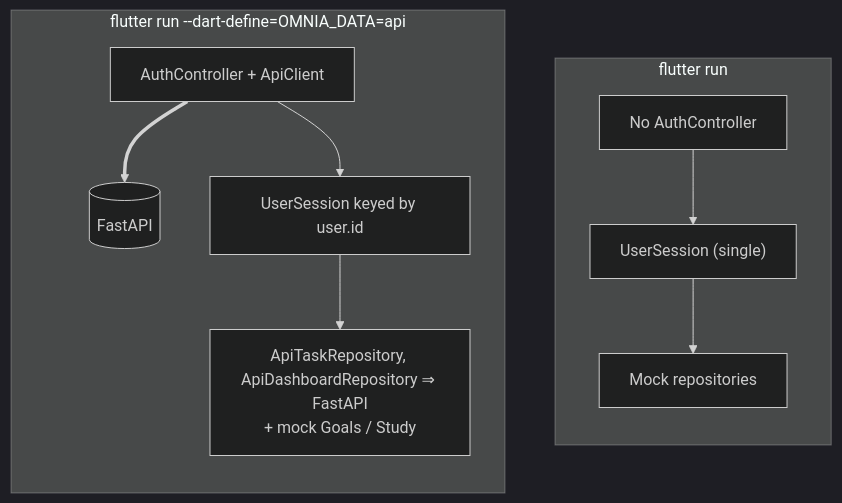
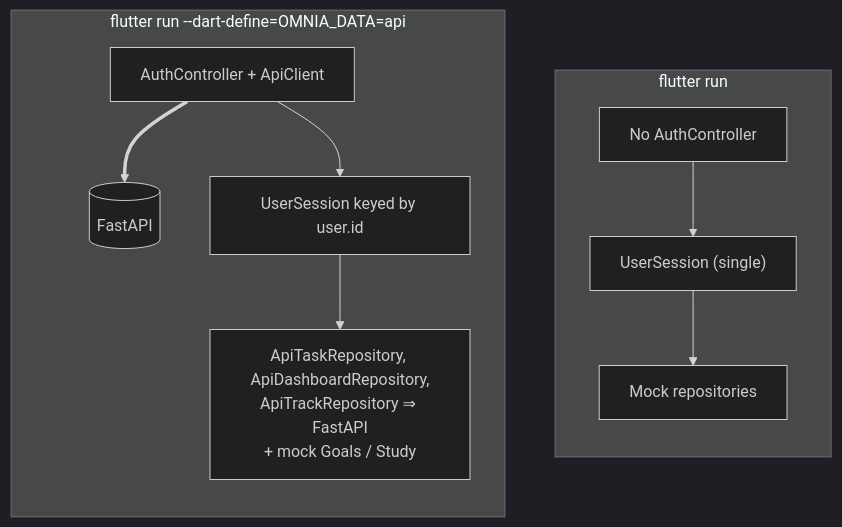
The diagram in docs/omnia-vault/Architecture/Mock vs API Mode.md (Gaoher-1207/omnia), drawn with Mermaid (dark theme) before and after one commit. The commit also changed other lines of this file and 33 other files, not shown here.

````diff
--- a/docs/omnia-vault/Architecture/Mock vs API Mode.md
+++ b/docs/omnia-vault/Architecture/Mock vs API Mode.md
@@ -30,12 +31,12 @@
 ```mermaid
 flowchart TB
     subgraph Mock["flutter run"]
         direction TB
         m1["No AuthController"] --> m2["UserSession (single)"] --> m3["Mock repositories"]
     end
     subgraph Api["flutter run --dart-define=OMNIA_DATA=api"]
         direction TB
         a1["AuthController + ApiClient"] ==> a0[("FastAPI")]
-        a1 --> a2["UserSession keyed by user.id"] --> a3["ApiTaskRepository, ApiDashboardRepository ⇒ FastAPI<br/>+ mock Goals / Study"]
+        a1 --> a2["UserSession keyed by user.id"] --> a3["ApiTaskRepository, ApiDashboardRepository,<br/>ApiTrackRepository ⇒ FastAPI<br/>+ mock Goals / Study"]
     end
 ```
````
